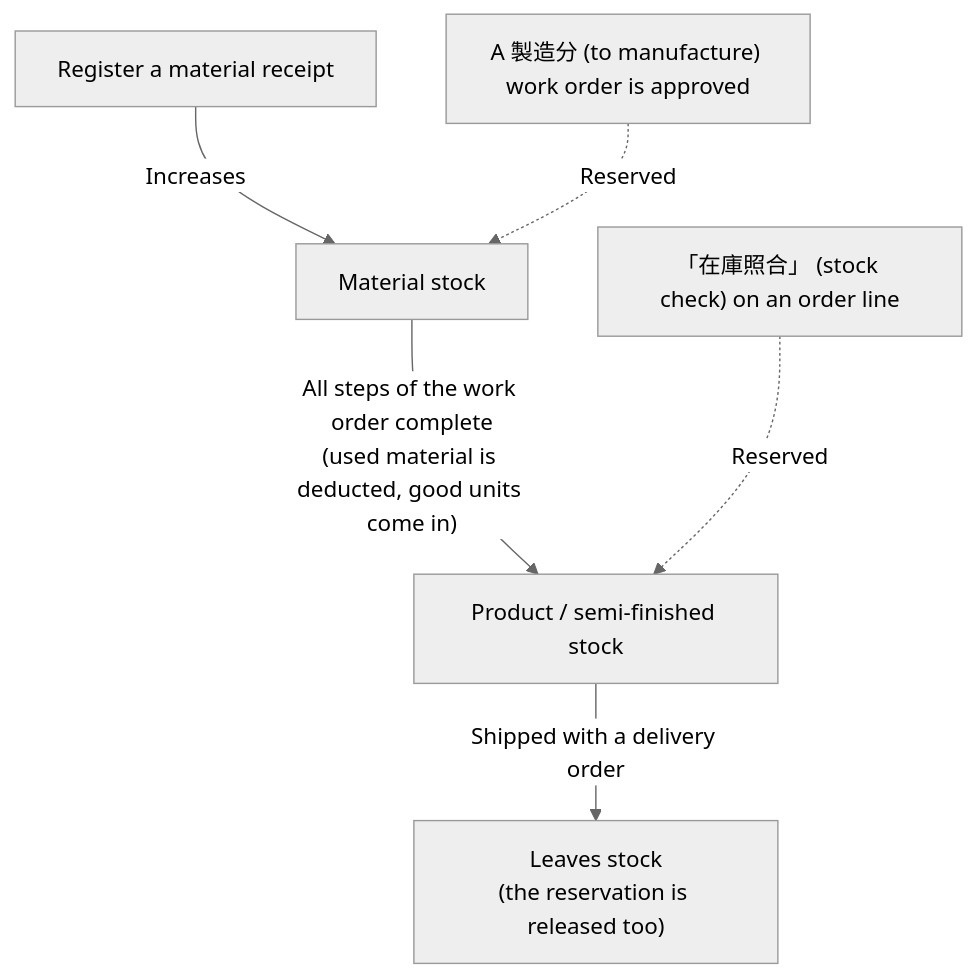
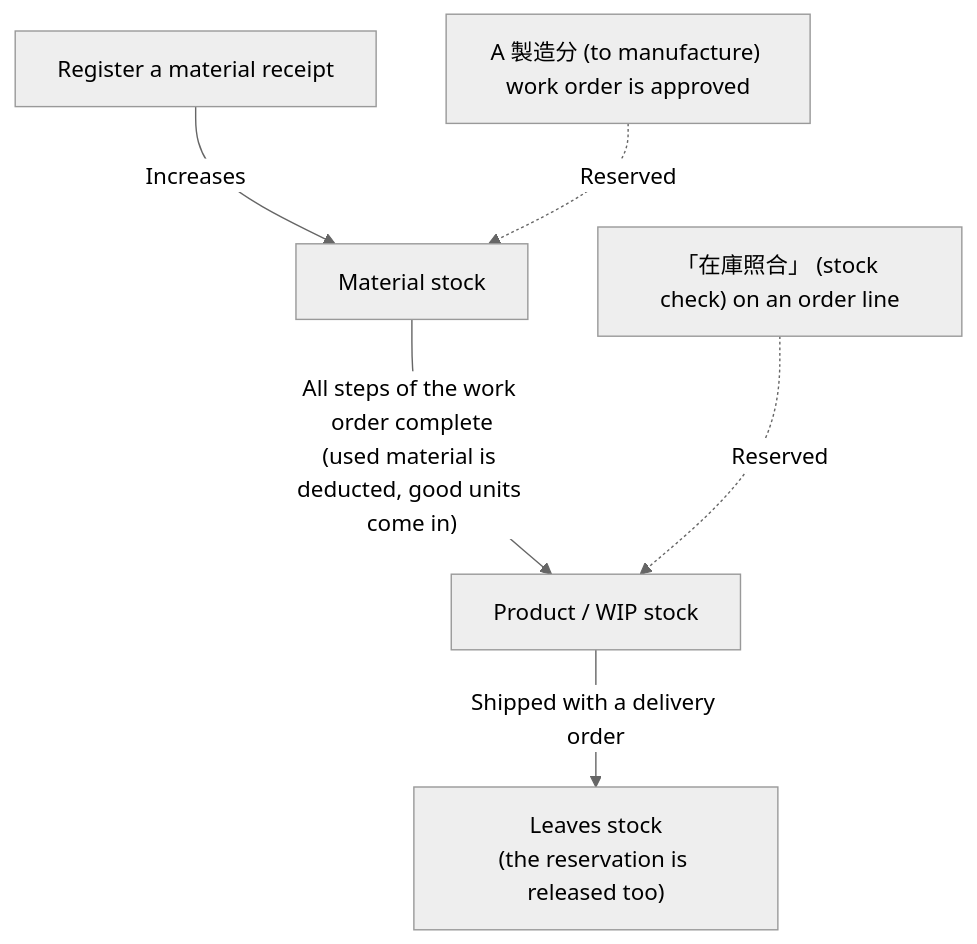
Before and after one commit to Kuisin/ckk-tool-v3: the diagram in coolify/apps/nextjs-web/content/manual/operations/inventory/inventory-management/user.en.md, drawn with Mermaid (neutral theme). The commit also changed other lines of this file and 31 other files, not shown here.

````diff
--- a/coolify/apps/nextjs-web/content/manual/operations/inventory/inventory-management/user.en.md
+++ b/coolify/apps/nextjs-web/content/manual/operations/inventory/inventory-management/user.en.md
@@ -55,8 +60,8 @@
 ```mermaid
 flowchart TD
   rcpt["Register a material receipt"] -->|"Increases"| mat["Material stock"]
-  mat -->|"All steps of the work order complete<br/>(used material is deducted, good units come in)"| prod["Product / semi-finished stock"]
+  mat -->|"All steps of the work order complete<br/>(used material is deducted, good units come in)"| prod["Product / WIP stock"]
   prod -->|"Shipped with a delivery order"| out["Leaves stock<br/>(the reservation is released too)"]
   appr["A 製造分 (to manufacture) work order is approved"] -.->|"Reserved"| mat
   chk["「在庫照合」 (stock check) on an order line"] -.->|"Reserved"| prod
 ```
````
